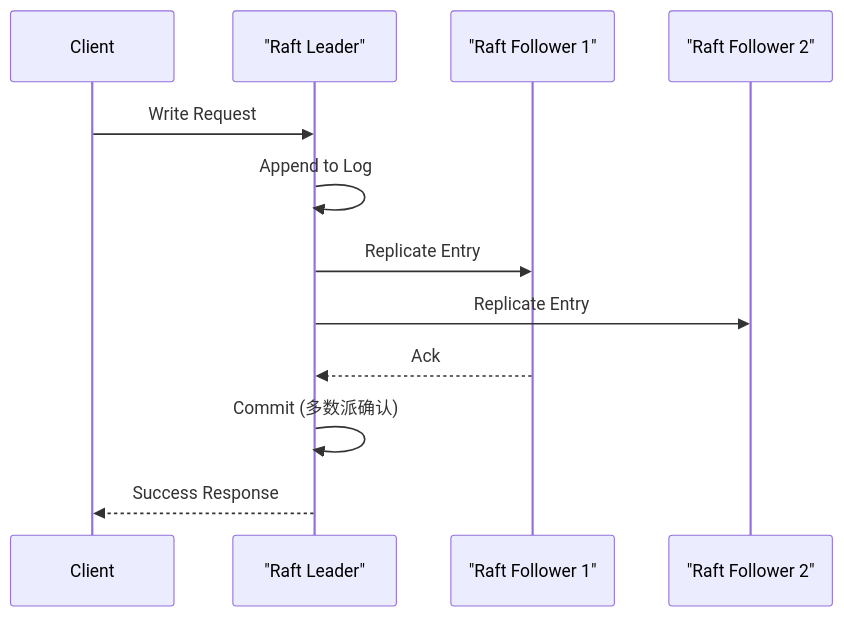
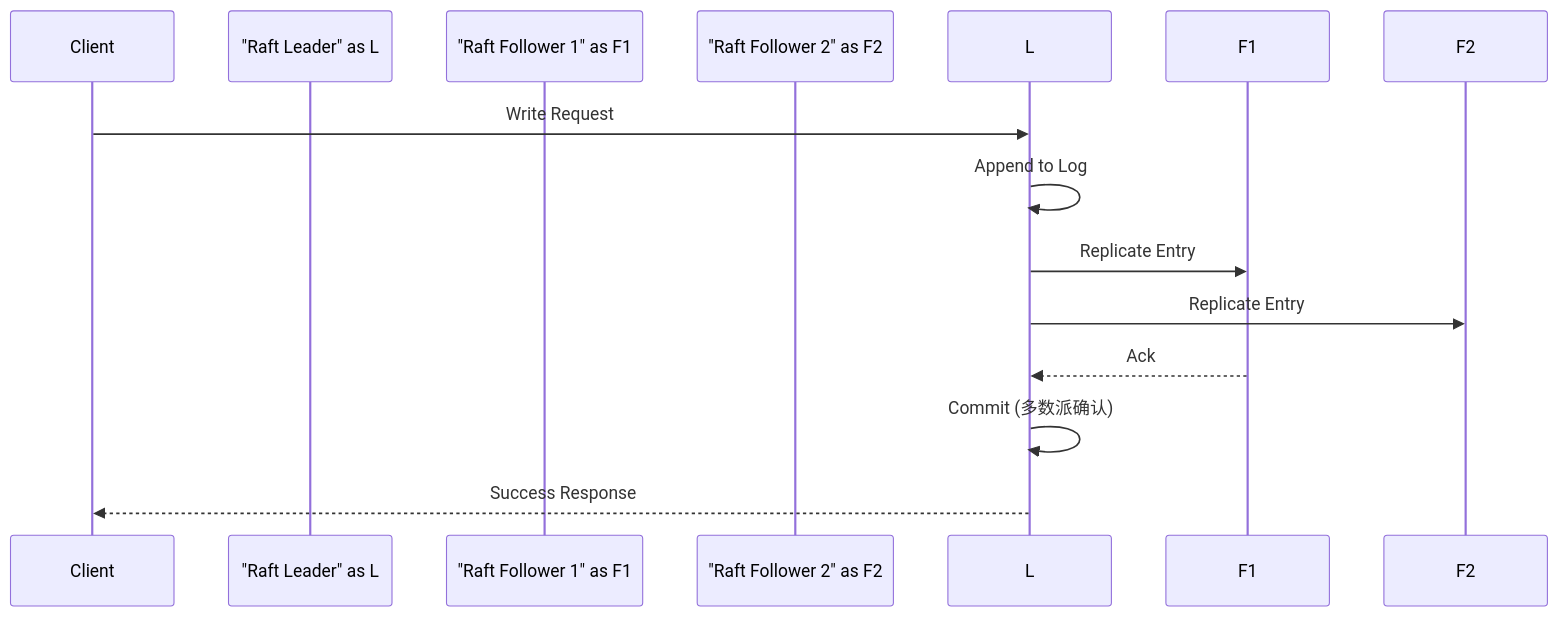
Diagram 13 of 20 in 08-mysql/README.md (kane201x/javadoc), drawn with Mermaid before and after one commit. The commit also changed other lines of this file, not shown here.

Commit message:
优化mermaid格式

````diff
--- a/08-mysql/README.md
+++ b/08-mysql/README.md
@@ -1219,15 +1220,15 @@
 ```mermaid
 sequenceDiagram
     participant C as Client
-    participant L as "Raft Leader"
-    participant F1 as "Raft Follower 1"
-    participant F2 as "Raft Follower 2"
+    participant "Raft Leader" as L
+    participant "Raft Follower 1" as F1
+    participant "Raft Follower 2" as F2
     
     C->>L: Write Request
     L->>L: Append to Log
     L->>F1: Replicate Entry
     L->>F2: Replicate Entry
     F1-->>L: Ack
     L->>L: Commit (多数派确认)
     L-->>C: Success Response
 ```
````
